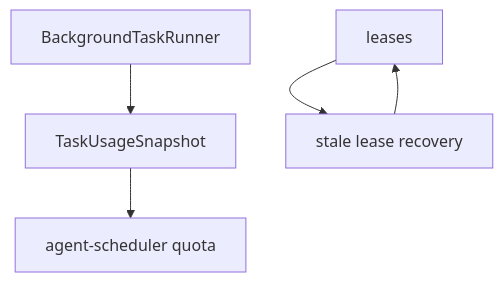
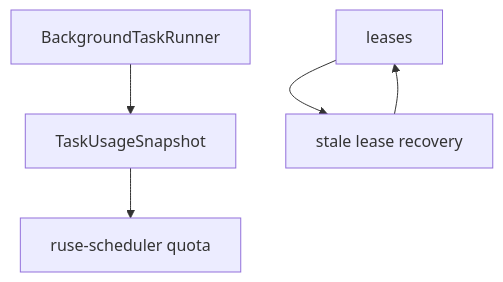
One commit to poneding/agent changed the diagram in docs/specs/M24-04-task-quotas-retries-recovery.spec.md. Above: the diagram before and after it, drawn with Mermaid. The commit also changed other lines of this file and 2091 other files, not shown here.

First line of the commit message:
refactor: rename agent branding to ruse

````diff
--- a/docs/specs/M24-04-task-quotas-retries-recovery.spec.md
+++ b/docs/specs/M24-04-task-quotas-retries-recovery.spec.md
@@ -30,7 +30,7 @@
 ```mermaid
 flowchart TD
   Runner["BackgroundTaskRunner"] --> Usage["TaskUsageSnapshot"]
-  Usage --> Quota["agent-scheduler quota"]
+  Usage --> Quota["ruse-scheduler quota"]
   Queue["leases"] --> Recovery["stale lease recovery"]
   Recovery --> Queue
 ```
````
